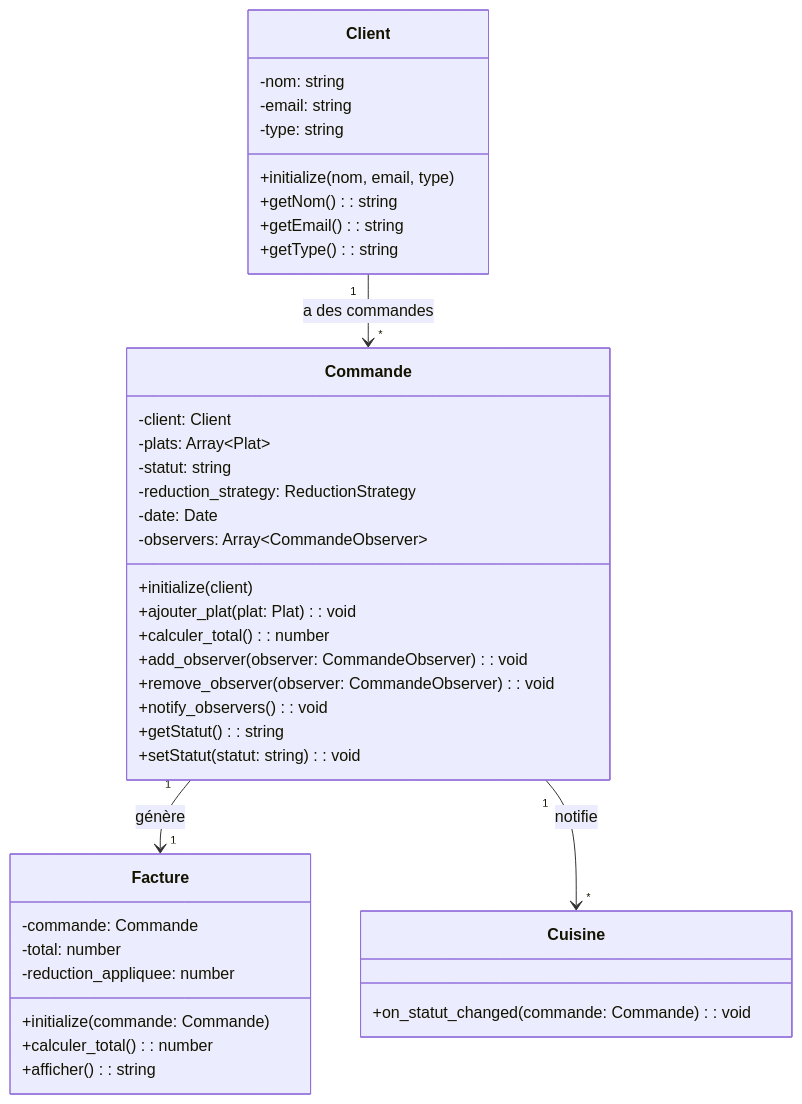
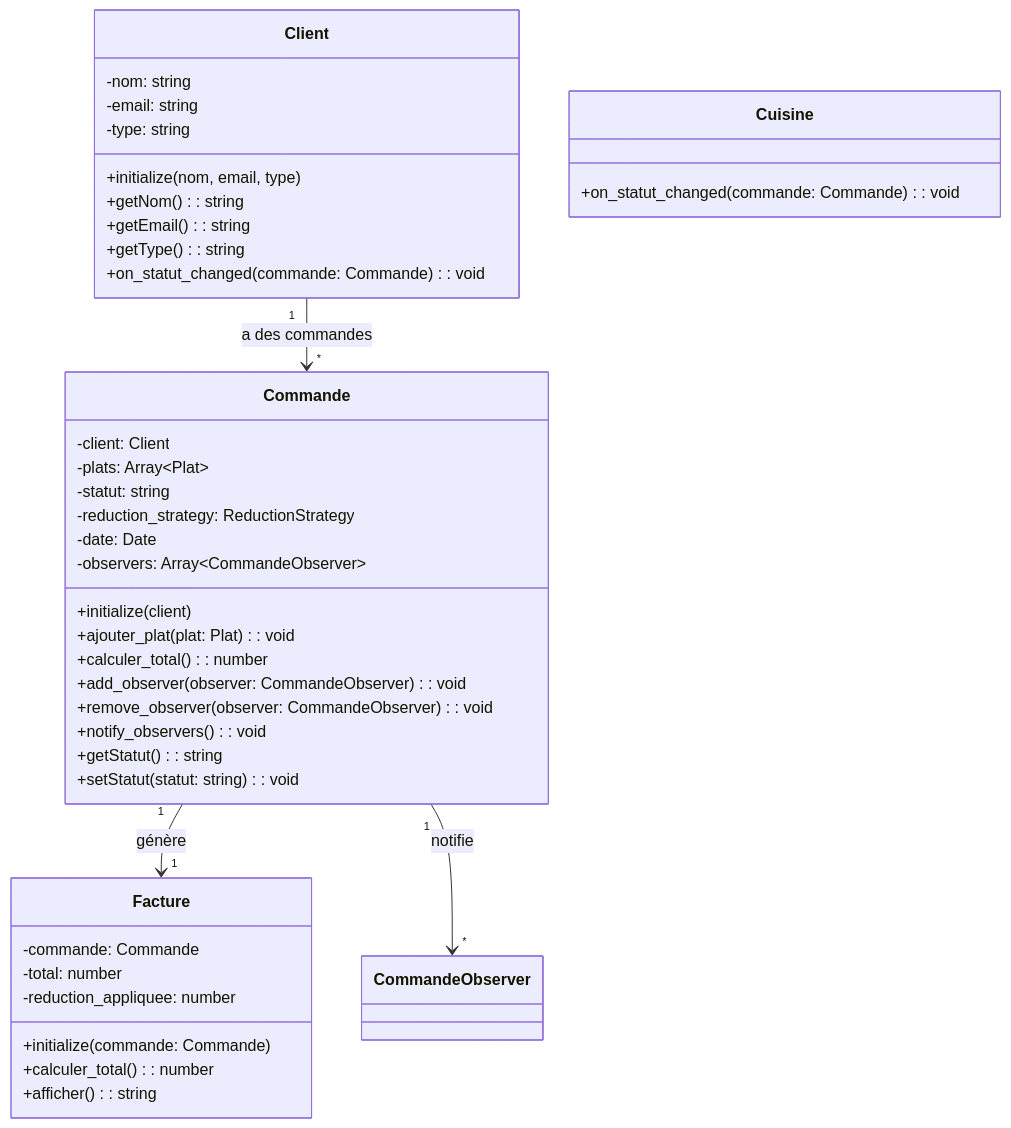
Before and after one commit to paulinetaillemite2/adaM3-POO-DesignPatterns-Restaurant: the second of 7 diagrams in diagramme-uml-restaurant.md, drawn with Mermaid. The commit also changed other lines of this file and 3 other files, not shown here.

````diff
--- a/diagramme-uml-restaurant.md
+++ b/diagramme-uml-restaurant.md
@@ -291,46 +297,47 @@
 ```mermaid
 classDiagram
     class Client {
         -nom: string
         -email: string
         -type: string
         +initialize(nom, email, type)
         +getNom(): string
         +getEmail(): string
         +getType(): string
+        +on_statut_changed(commande: Commande): void
     }
     
     class Commande {
         -client: Client
         -plats: Array~Plat~
         -statut: string
         -reduction_strategy: ReductionStrategy
         -date: Date
         -observers: Array~CommandeObserver~
         +initialize(client)
         +ajouter_plat(plat: Plat): void
         +calculer_total(): number
         +add_observer(observer: CommandeObserver): void
         +remove_observer(observer: CommandeObserver): void
         +notify_observers(): void
         +getStatut(): string
         +setStatut(statut: string): void
     }
     
     class Facture {
         -commande: Commande
         -total: number
         -reduction_appliquee: number
         +initialize(commande: Commande)
         +calculer_total(): number
         +afficher(): string
     }
     
     class Cuisine {
         +on_statut_changed(commande: Commande): void
     }
     
     Client "1" --> "*" Commande : a des commandes
     Commande "1" --> "1" Facture : génère
-    Commande "1" --> "*" Cuisine : notifie
+    Commande "1" --> "*" CommandeObserver : notifie
 ```
````
